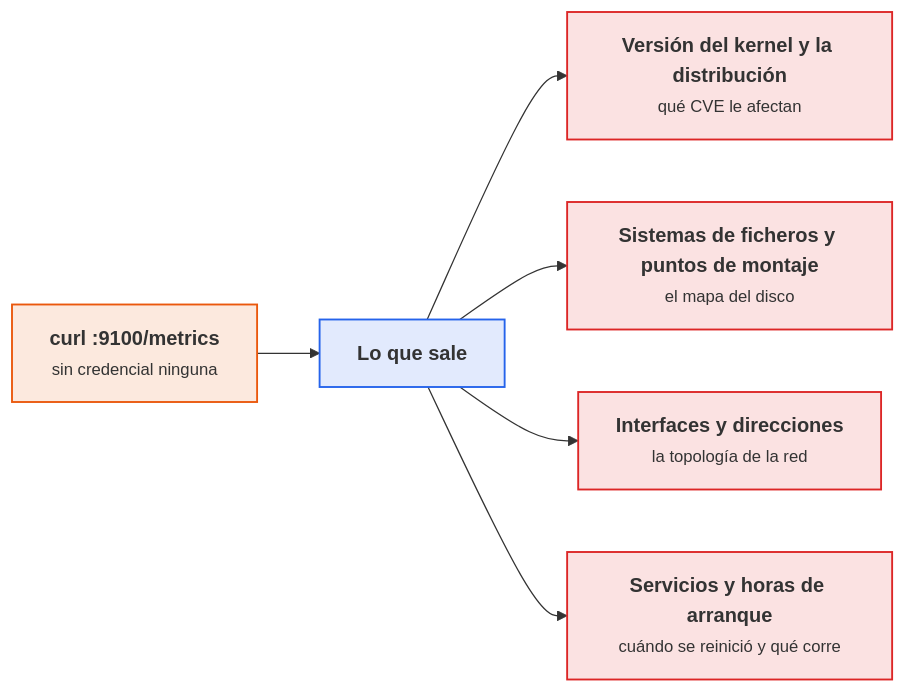
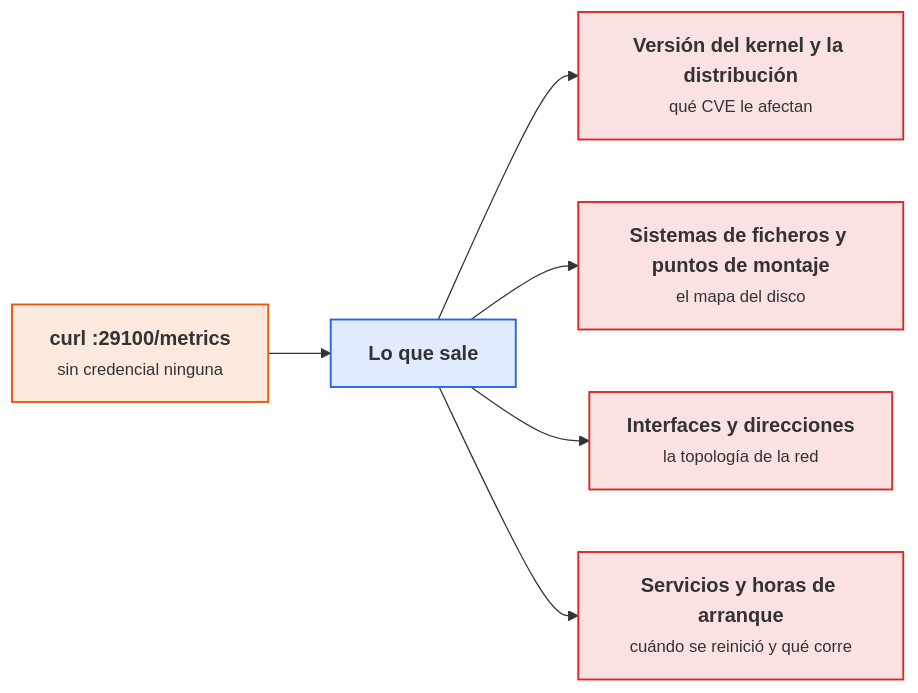
One commit to victor-educ/apuntes-5169 changed the first of 5 diagrams in docs/ut/ut3-seguridad-monitorizacion.md. Above: the diagram before and after it, drawn with Mermaid. The commit also changed other lines of this file and 13 other files, not shown here.

````diff
--- a/docs/ut/ut3-seguridad-monitorizacion.md
+++ b/docs/ut/ut3-seguridad-monitorizacion.md
@@ -42,16 +42,16 @@
 ```mermaid
 flowchart LR
-    C["<b>curl :9100/metrics</b><br><small>sin credencial ninguna</small>"]:::act
+    C["<b>curl :29100/metrics</b><br><small>sin credencial ninguna</small>"]:::act
     V["<b>Lo que sale</b>"]:::dato
     V1["<b>Versión del kernel y la distribución</b><br><small>qué CVE le afectan</small>"]:::riesgo
     V2["<b>Sistemas de ficheros y puntos de montaje</b><br><small>el mapa del disco</small>"]:::riesgo
     V3["<b>Interfaces y direcciones</b><br><small>la topología de la red</small>"]:::riesgo
     V4["<b>Servicios y horas de arranque</b><br><small>cuándo se reinició y qué corre</small>"]:::riesgo
     C --> V --> V1 & V2 & V3 & V4
     classDef act fill:#ea580c22,stroke:#ea580c,stroke-width:1.5px
     classDef pieza fill:#64748b22,stroke:#64748b,stroke-width:1.5px
     classDef dato fill:#2563eb22,stroke:#2563eb,stroke-width:1.5px
     classDef infra fill:#a1a1aa14,stroke:#a1a1aa,stroke-width:1.5px
     classDef ok fill:#16a34a22,stroke:#16a34a,stroke-width:1.5px
     classDef riesgo fill:#dc262622,stroke:#dc2626,stroke-width:1.5px
 ```
````
